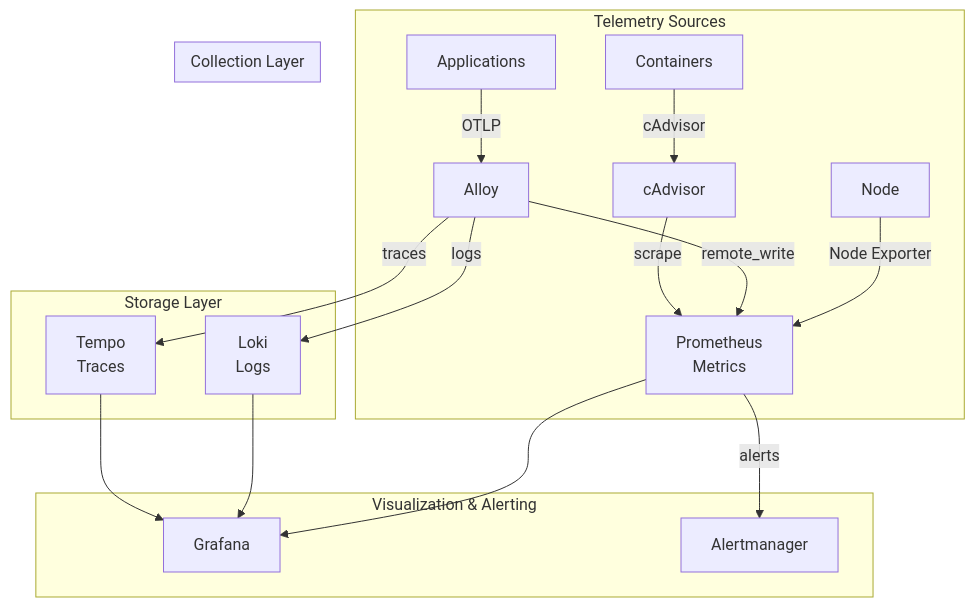
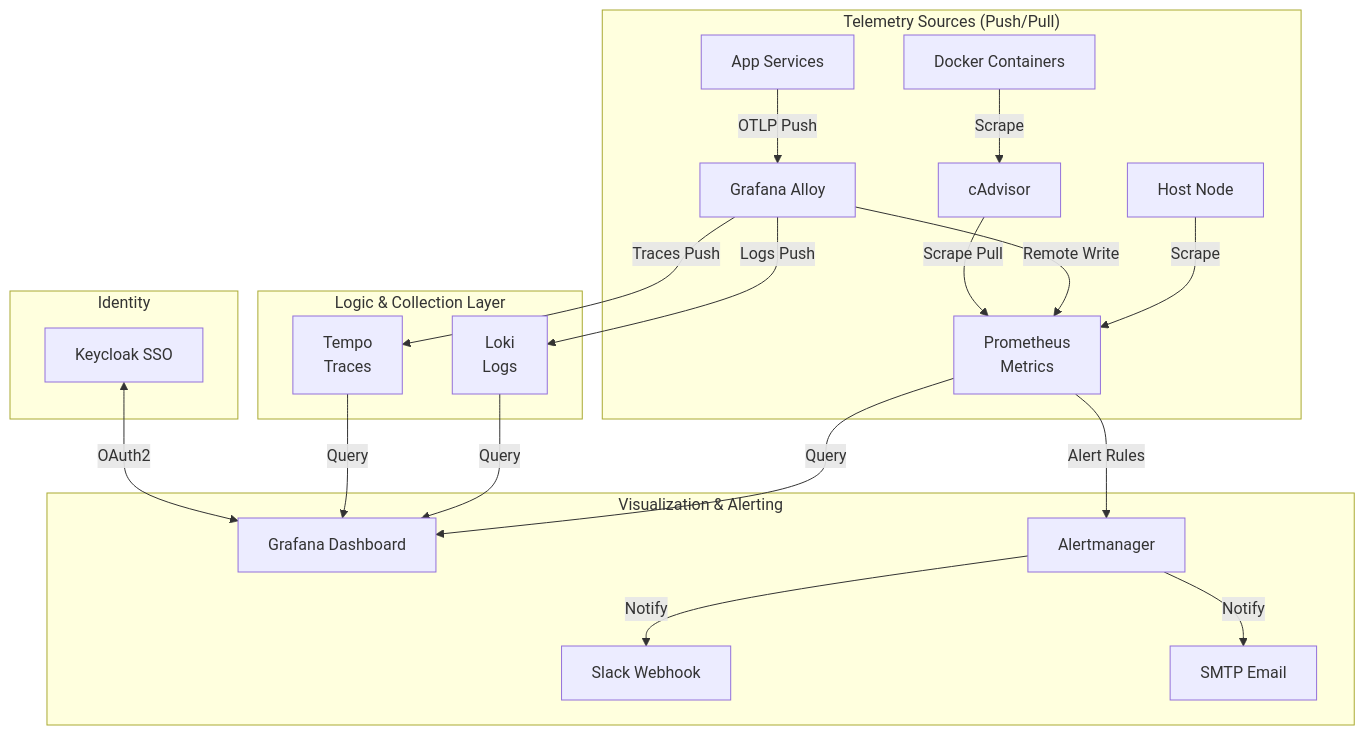
One commit to buenhyden/hy-home.docker changed the diagram in Infra/observability/README.md. Above: the diagram before and after it, drawn with Mermaid. The commit also changed other lines of this file, not shown here.

Commit message:
docs(observability): refined README rewrite with Push/Pull architecture and Maintenance guide

````diff
--- a/Infra/observability/README.md
+++ b/Infra/observability/README.md
@@ -7,33 +7,32 @@
 ```mermaid
 graph TB
-    subgraph "Telemetry Sources"
-        A[Applications] -->|OTLP| E
-        B[Containers] -->|cAdvisor| F
-        C[Node] -->|Node Exporter| P
+    subgraph "Telemetry Sources (Push/Pull)"
+        A[App Services] -->|OTLP Push| E[Grafana Alloy]
+        B[Docker Containers] -->|Scrape| F[cAdvisor]
+        C[Host Node] -->|Scrape| P[Node Exporter]
     end
 
-    subgraph "Collection Layer"
-        E[Alloy]
-        F[cAdvisor]
-    end
-
-    subgraph "Storage Layer"
-        P[Prometheus<br/>Metrics]
-        L[Loki<br/>Logs]
-        T[Tempo<br/>Traces]
+    subgraph "Logic & Collection Layer"
+        E -->|Remote Write| P[Prometheus<br/>Metrics]
+        E -->|Logs Push| L[Loki<br/>Logs]
+        E -->|Traces Push| T[Tempo<br/>Traces]
+        F -->|Scrape Pull| P
     end
 
     subgraph "Visualization & Alerting"
-        G[Grafana]
+        G[Grafana Dashboard]
         AM[Alertmanager]
+        
+        P -->|Query| G
+        L -->|Query| G
+        T -->|Query| G
+        
+        P -->|Alert Rules| AM
+        AM -->|Notify| Slack[Slack Webhook]
+        AM -->|Notify| Mail[SMTP Email]
     end
 
-    E -->|remote_write| P
-    E -->|logs| L
-    E -->|traces| T
-    F -->|scrape| P
-    P --> G
-    L --> G
-    T --> G
-    P -->|alerts| AM
+    subgraph "Identity"
+        KC[Keycloak SSO] <-->|OAuth2| G
+    end
 ```
````
